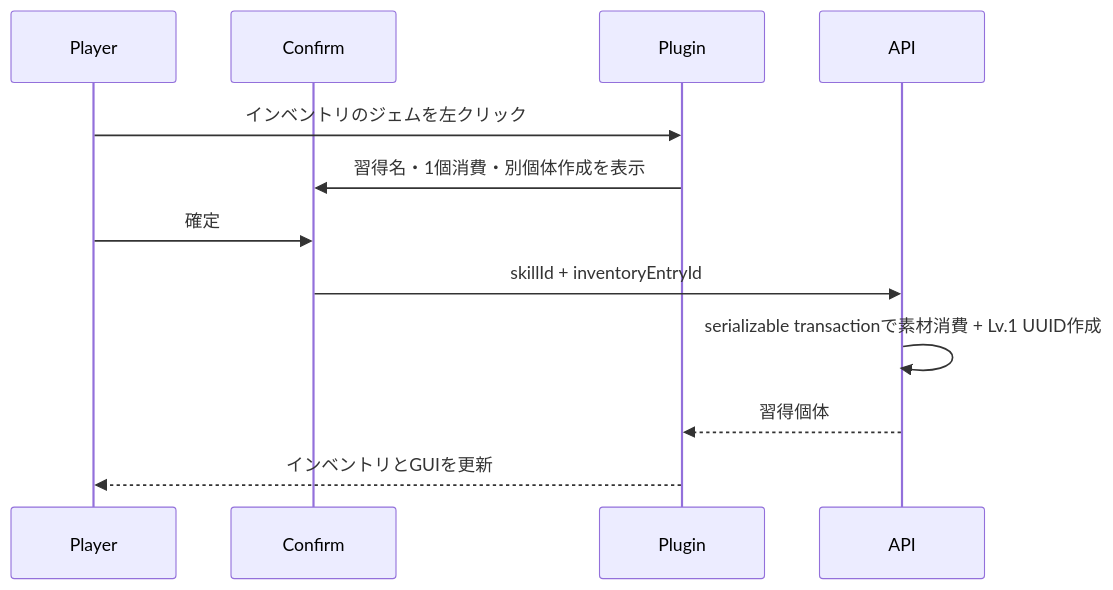
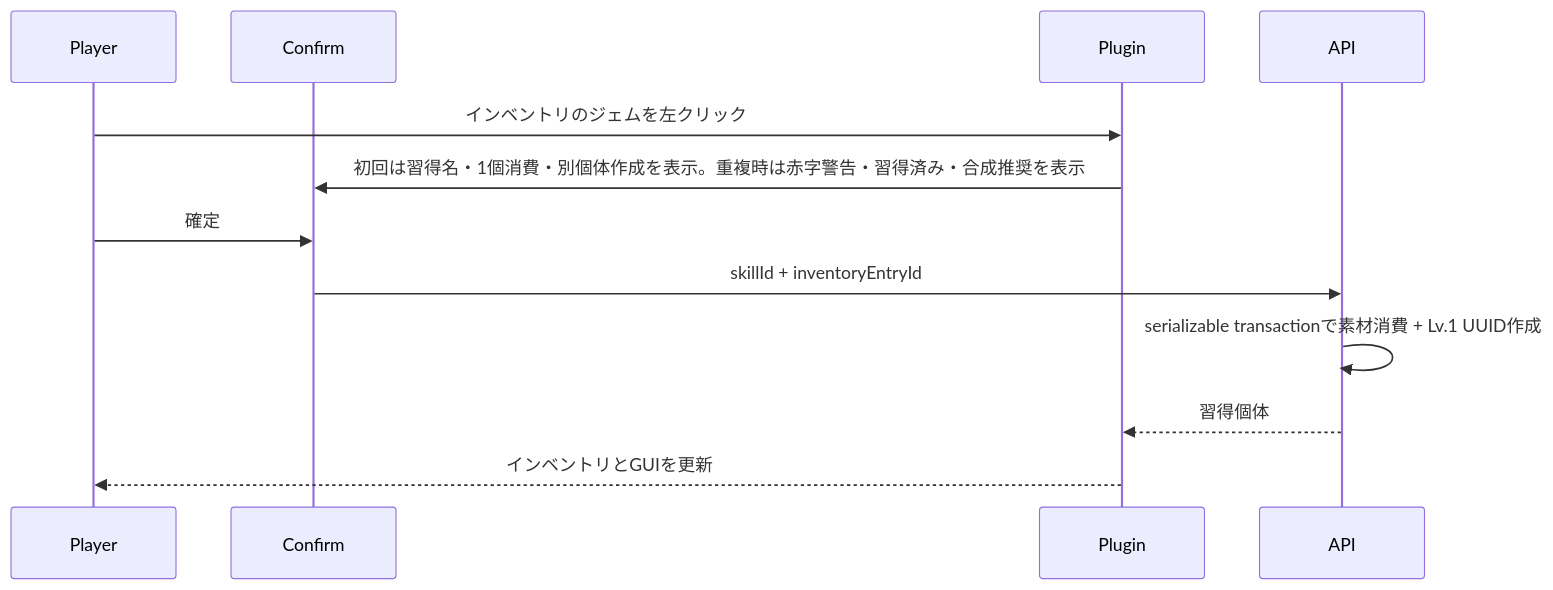
One commit to maaasu/AstralRecord-Workspace changed the second of 3 diagrams in 00_docs/10_Plugin設計書/feature/13-skill/4-統合フロー/13_4-スキルバインドGUI.md. Above: the diagram before and after it, drawn with Mermaid. The commit also changed other lines of this file and 5 other files, not shown here.

````diff
--- a/00_docs/10_Plugin設計書/feature/13-skill/4-統合フロー/13_4-スキルバインドGUI.md
+++ b/00_docs/10_Plugin設計書/feature/13-skill/4-統合フロー/13_4-スキルバインドGUI.md
@@ -38,15 +38,15 @@
 ```mermaid
 sequenceDiagram
     participant Player
     participant Confirm
     participant Plugin
     participant API
 
     Player->>Plugin: インベントリのジェムを左クリック
-    Plugin->>Confirm: 習得名・1個消費・別個体作成を表示
+    Plugin->>Confirm: 初回は習得名・1個消費・別個体作成を表示。重複時は赤字警告・習得済み・合成推奨を表示
     Player->>Confirm: 確定
     Confirm->>API: skillId + inventoryEntryId
     API->>API: serializable transactionで素材消費 + Lv.1 UUID作成
     API-->>Plugin: 習得個体
     Plugin-->>Player: インベントリとGUIを更新
 ```
````
